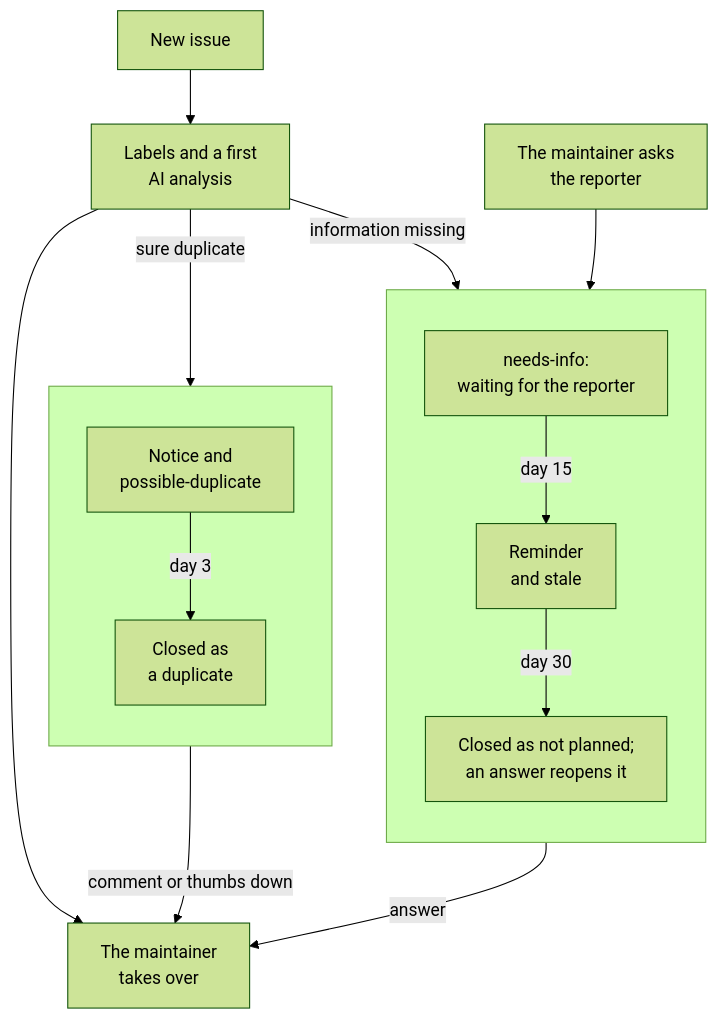
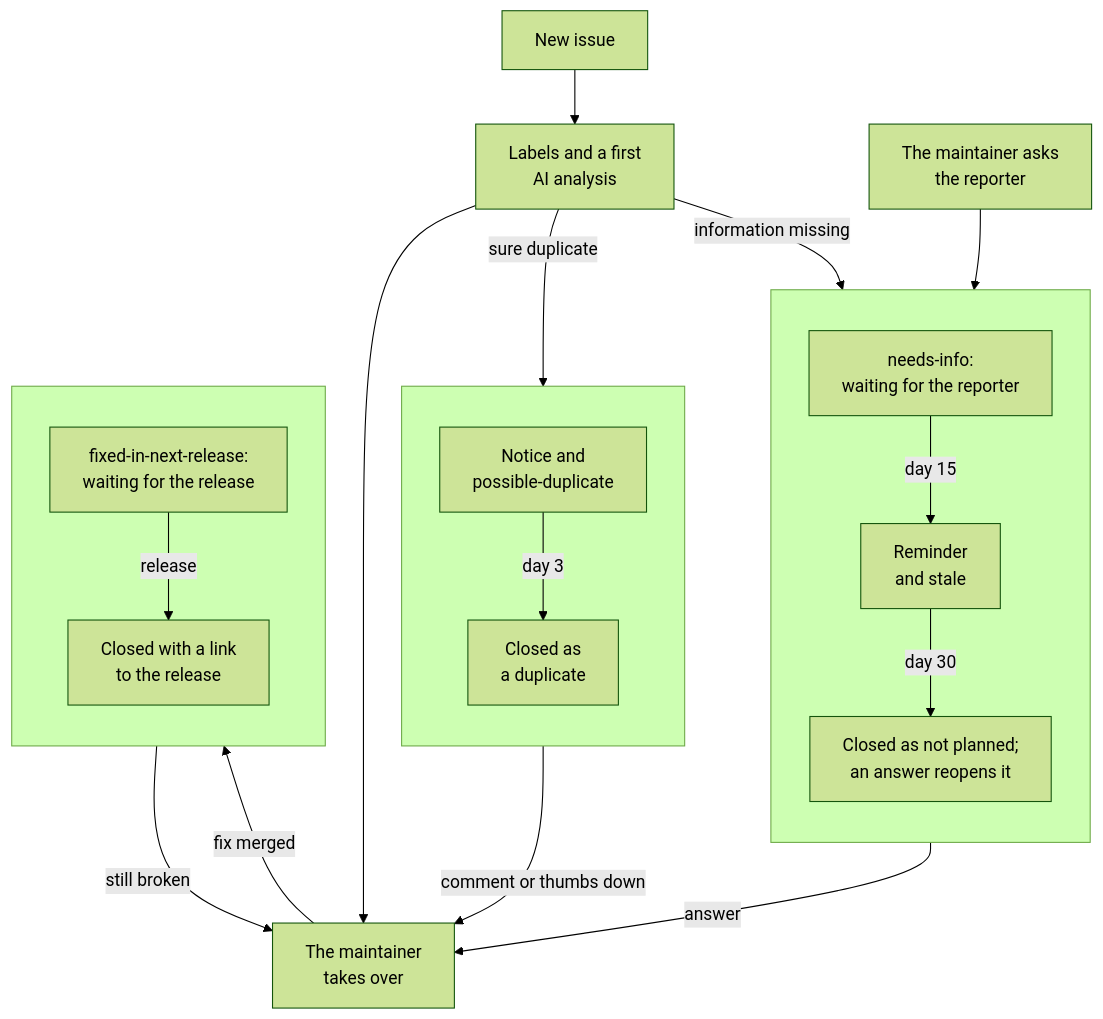
Before and after one commit to Dennis-Otto/ha-autodarts: the diagram in docs/diagrams/issue-lifecycle.en.mmd, drawn with Mermaid (forest theme). The commit also changed 15 other files, not shown here.

```diff
--- a/docs/diagrams/issue-lifecycle.en.mmd
+++ b/docs/diagrams/issue-lifecycle.en.mmd
@@ -1,17 +1,23 @@
 flowchart TB
   NEW["New issue"] --> AI["Labels and a first<br/>AI analysis"]
   AI --> MAINT["The maintainer<br/>takes over"]
   AI -- "information missing" --> WAIT
   ASK["The maintainer asks<br/>the reporter"] --> WAIT
   subgraph LIFE[" "]
     direction TB
     WAIT["needs-info:<br/>waiting for the reporter"] -- "day 15" --> REMIND["Reminder<br/>and stale"]
     REMIND -- "day 30" --> CLOSED["Closed as not planned;<br/>an answer reopens it"]
   end
   LIFE -- "answer" --> MAINT
   AI -- "sure duplicate" --> NOTICE
   subgraph DUPLICATES[" "]
     direction TB
     NOTICE["Notice and<br/>possible-duplicate"] -- "day 3" --> DUP["Closed as<br/>a duplicate"]
   end
   NOTICE -- "comment or thumbs down" --> MAINT
+  MAINT -- "fix merged" --> FIX
+  subgraph RELEASE[" "]
+    direction TB
+    FIX["fixed-in-next-release:<br/>waiting for the release"] -- "release" --> SHIPPED["Closed with a link<br/>to the release"]
+  end
+  SHIPPED -- "still broken" --> MAINT
```
